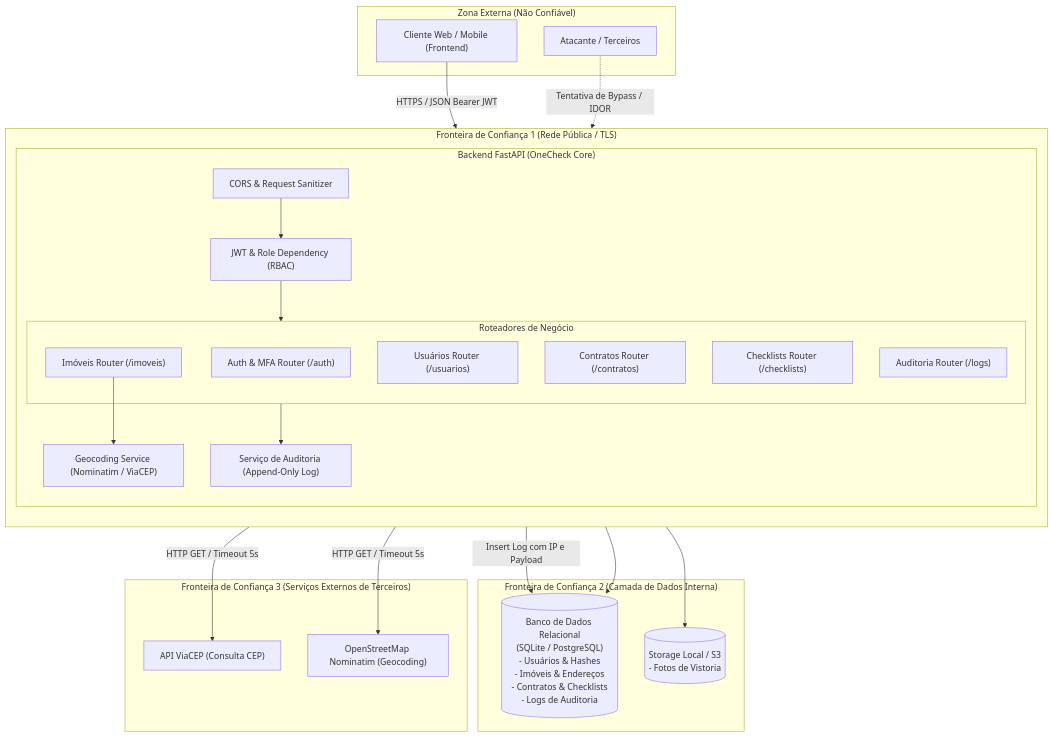
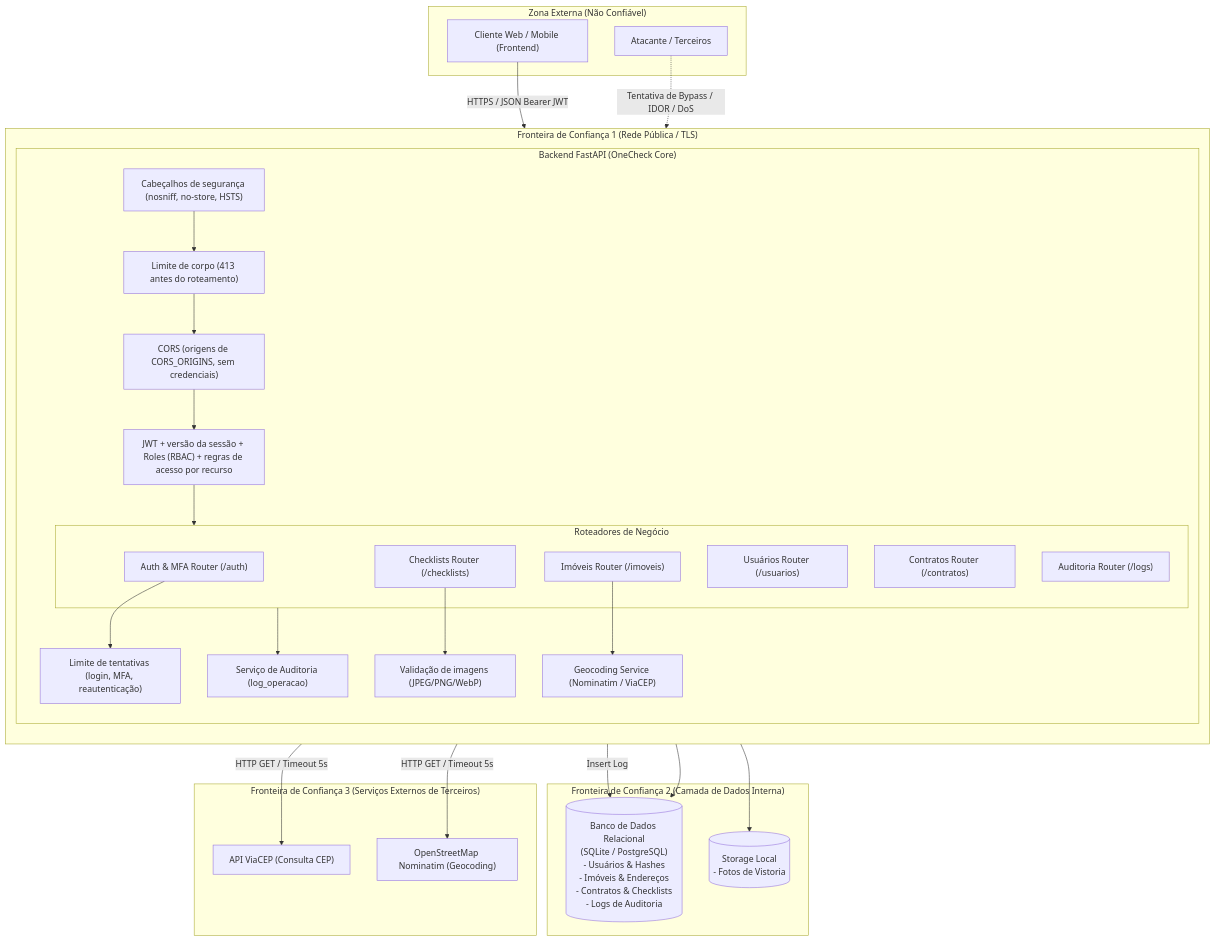
One commit to Anderson-Leandro/ISG022-One-Check-API-Python changed the diagram in docs/architecture/architecture-v1.md. Above: the diagram before and after it, drawn with Mermaid. The commit also changed other lines of this file and 19 other files, not shown here.

First line of the commit message:
fix(seguranca): PyJWT e lockfile com hashes (SEC-006), CORS, /docs e cabeçalhos de segurança (SEC-007)

````diff
--- a/docs/architecture/architecture-v1.md
+++ b/docs/architecture/architecture-v1.md
@@ -17,50 +20,58 @@
 ```mermaid
 flowchart TD
     subgraph ZonaExterna["Zona Externa (Não Confiável)"]
         ClienteWeb["Cliente Web / Mobile (Frontend)"]
         Atacante["Atacante / Terceiros"]
     end
 
     subgraph Fronteira1["Fronteira de Confiança 1 (Rede Pública / TLS)"]
         direction TB
         subgraph APIGateway["Backend FastAPI (OneCheck Core)"]
-            CORSMiddleware["CORS & Request Sanitizer"]
-            AuthDep["JWT & Role Dependency (RBAC)"]
-            
+            Cabecalhos["Cabeçalhos de segurança (nosniff, no-store, HSTS)"]
+            LimiteCorpo["Limite de corpo (413 antes do roteamento)"]
+            CORSMiddleware["CORS (origens de CORS_ORIGINS, sem credenciais)"]
+            AuthDep["JWT + versão da sessão + Roles (RBAC) + regras de acesso por recurso"]
+            RateLimit["Limite de tentativas (login, MFA, reautenticação)"]
+
             subgraph Routers["Roteadores de Negócio"]
                 AuthRouter["Auth & MFA Router (/auth)"]
                 UserRouter["Usuários Router (/usuarios)"]
                 ImovelRouter["Imóveis Router (/imoveis)"]
                 ContratoRouter["Contratos Router (/contratos)"]
                 ChecklistRouter["Checklists Router (/checklists)"]
                 LogRouter["Auditoria Router (/logs)"]
             end
-            
-            AuditService["Serviço de Auditoria (Append-Only Log)"]
+
+            Uploads["Validação de imagens (JPEG/PNG/WebP)"]
+            AuditService["Serviço de Auditoria (log_operacao)"]
             GeocodingService["Geocoding Service (Nominatim / ViaCEP)"]
         end
     end
 
     subgraph Fronteira2["Fronteira de Confiança 2 (Camada de Dados Interna)"]
         Database[("Banco de Dados Relacional\n(SQLite / PostgreSQL)\n- Usuários & Hashes\n- Imóveis & Endereços\n- Contratos & Checklists\n- Logs de Auditoria")]
-        LocalStorage[("Storage Local / S3\n- Fotos de Vistoria")]
+        LocalStorage[("Storage Local\n- Fotos de Vistoria")]
     end
 
     subgraph Fronteira3["Fronteira de Confiança 3 (Serviços Externos de Terceiros)"]
         ViaCEP["API ViaCEP (Consulta CEP)"]
         Nominatim["OpenStreetMap Nominatim (Geocoding)"]
     end
 
     %% Fluxos
-    ClienteWeb -->|HTTPS / JSON Bearer JWT| CORSMiddleware
-    Atacante -.->|Tentativa de Bypass / IDOR| CORSMiddleware
+    ClienteWeb -->|HTTPS / JSON Bearer JWT| Cabecalhos
+    Atacante -.->|Tentativa de Bypass / IDOR / DoS| Cabecalhos
+    Cabecalhos --> LimiteCorpo
+    LimiteCorpo --> CORSMiddleware
     CORSMiddleware --> AuthDep
+    AuthRouter --> RateLimit
     AuthDep --> Routers
     Routers --> AuditService
     Routers --> Database
-    Routers --> LocalStorage
+    ChecklistRouter --> Uploads
+    Uploads --> LocalStorage
     ImovelRouter --> GeocodingService
     GeocodingService -->|HTTP GET / Timeout 5s| ViaCEP
     GeocodingService -->|HTTP GET / Timeout 5s| Nominatim
-    AuditService -->|Insert Log com IP e Payload| Database
+    AuditService -->|Insert Log| Database
 ```
````
